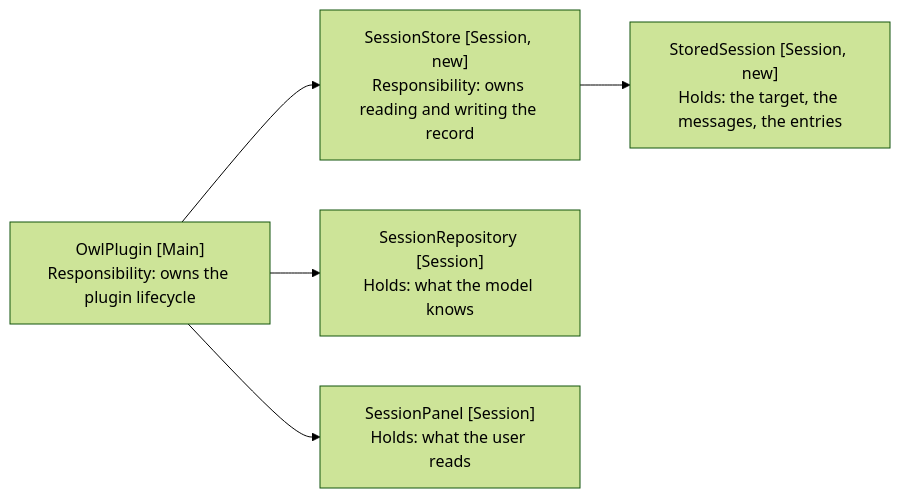
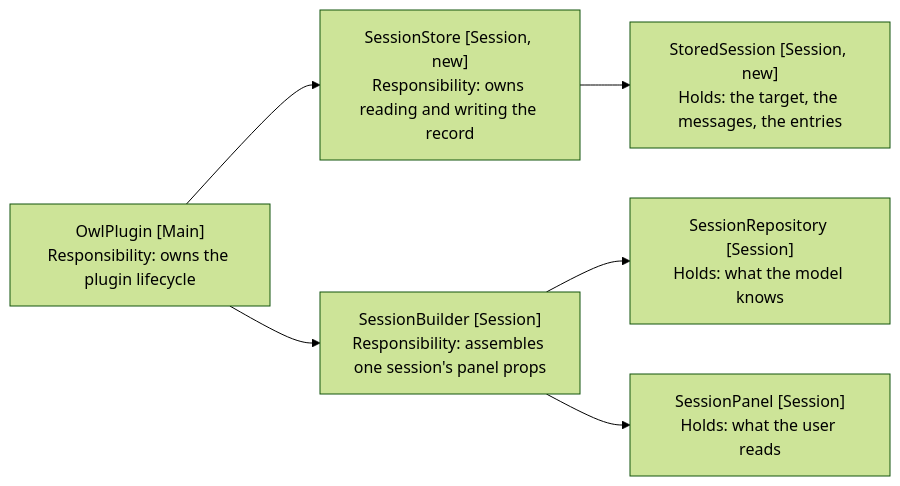
The first of 3 diagrams in docs/spec/22-session-persistence/3-component-design.md (iparips/obsidian-owl), drawn with Mermaid (forest theme) before and after one commit. The commit also changed other lines of this file and 40 other files, not shown here.

````diff
--- a/docs/spec/22-session-persistence/3-component-design.md
+++ b/docs/spec/22-session-persistence/3-component-design.md
@@ -24,13 +32,15 @@
 ```mermaid
 flowchart LR
     Plugin["OwlPlugin [Main]<br/>Responsibility: owns the plugin lifecycle"]
     Store["SessionStore [Session, new]<br/>Responsibility: owns reading and writing the record"]
     Record["StoredSession [Session, new]<br/>Holds: the target, the messages, the entries"]
+    Builder["SessionBuilder [Session]<br/>Responsibility: assembles one session's panel props"]
     Session["SessionRepository [Session]<br/>Holds: what the model knows"]
     Panel["SessionPanel [Session]<br/>Holds: what the user reads"]
 
     Plugin --> Store
     Store --> Record
-    Plugin --> Session
-    Plugin --> Panel
+    Plugin --> Builder
+    Builder --> Session
+    Builder --> Panel
 ```
````
